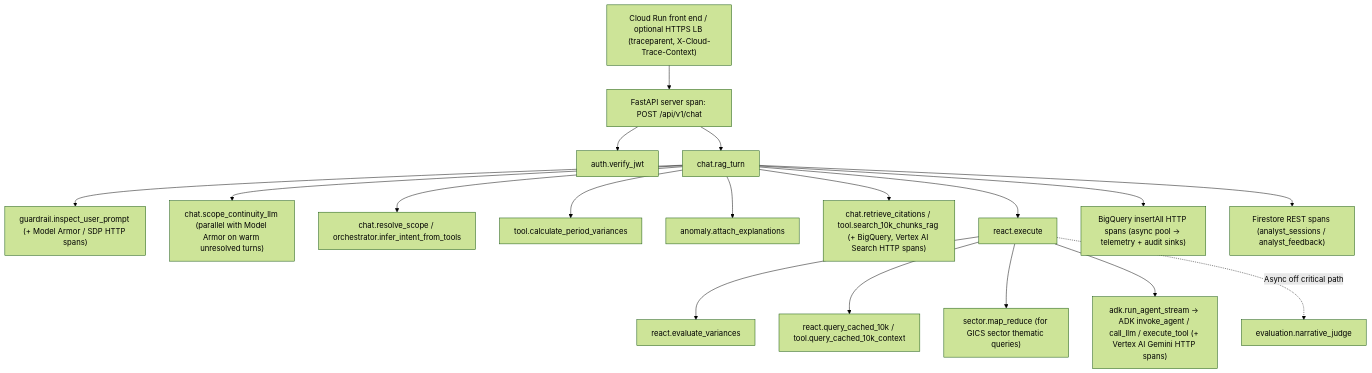
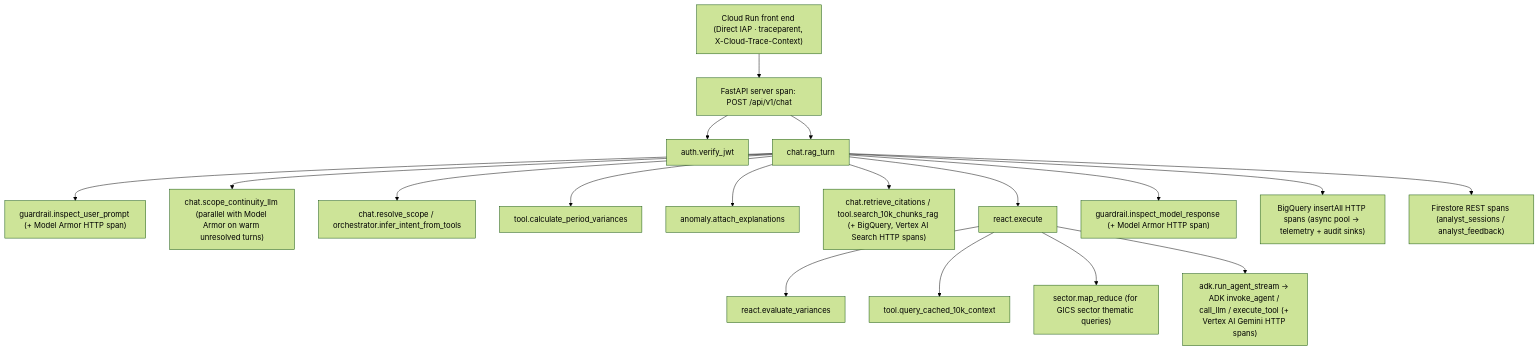
The diagram in docs/observability.md (jackbetcher-work/edgar_capstone), drawn with Mermaid (forest theme) before and after one commit. The commit also changed other lines of this file and 4 other files, not shown here.

````diff
--- a/docs/observability.md
+++ b/docs/observability.md
@@ -17,20 +17,20 @@
 ```mermaid
 flowchart TD
-    LB["Cloud Run front end / optional HTTPS LB (traceparent, X-Cloud-Trace-Context)"] --> S["FastAPI server span: POST /api/v1/chat"]
+    LB["Cloud Run front end (Direct IAP · traceparent, X-Cloud-Trace-Context)"] --> S["FastAPI server span: POST /api/v1/chat"]
     S --> A["auth.verify_jwt"]
     S --> T["chat.rag_turn"]
-    T --> G["guardrail.inspect_user_prompt (+ Model Armor / SDP HTTP spans)"]
+    T --> G["guardrail.inspect_user_prompt (+ Model Armor HTTP span)"]
     T --> SC["chat.scope_continuity_llm (parallel with Model Armor on warm unresolved turns)"]
     T --> R["chat.resolve_scope / orchestrator.infer_intent_from_tools"]
     T --> V["tool.calculate_period_variances"]
     T --> AN["anomaly.attach_explanations"]
     T --> C["chat.retrieve_citations / tool.search_10k_chunks_rag (+ BigQuery, Vertex AI Search HTTP spans)"]
     T --> X["react.execute"]
     X --> E["react.evaluate_variances"]
-    X --> Q["react.query_cached_10k / tool.query_cached_10k_context"]
+    X --> Q["tool.query_cached_10k_context"]
     X --> M["sector.map_reduce (for GICS sector thematic queries)"]
     X --> L["adk.run_agent_stream -> ADK invoke_agent / call_llm / execute_tool (+ Vertex AI Gemini HTTP spans)"]
-    X -.->|Async off critical path| J["evaluation.narrative_judge"]
+    T --> RG["guardrail.inspect_model_response (+ Model Armor HTTP span)"]
     T --> B["BigQuery insertAll HTTP spans (async pool -> telemetry + audit sinks)"]
     T --> FS["Firestore REST spans (analyst_sessions / analyst_feedback)"]
 ```
````
